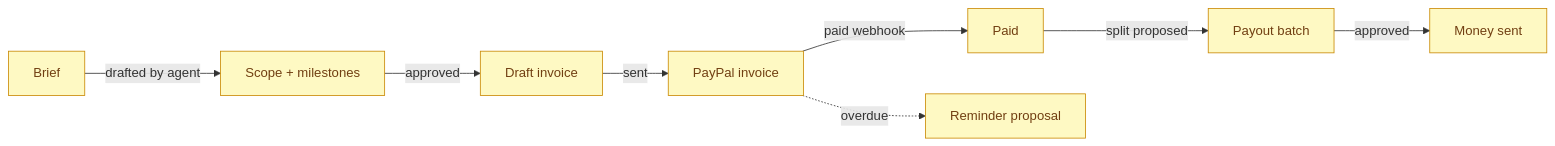
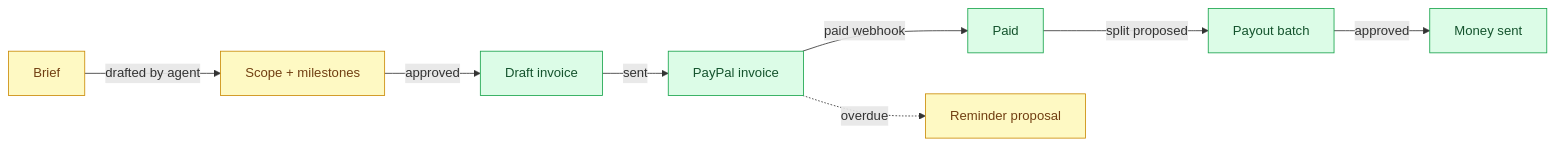
Before and after one commit to f-ei8ht/vizlify: the diagram in docs/01-overview/product-scope.md, drawn with Mermaid. The commit also changed other lines of this file and 57 other files, not shown here.

````diff
--- a/docs/01-overview/product-scope.md
+++ b/docs/01-overview/product-scope.md
@@ -66,14 +71,15 @@
 ```mermaid
 flowchart LR
     Brief["Brief"] -->|"drafted by agent"| Scope["Scope + milestones"]
     Scope -->|"approved"| Draft["Draft invoice"]
     Draft -->|"sent"| Invoice["PayPal invoice"]
     Invoice -->|"paid webhook"| Paid["Paid"]
     Paid -->|"split proposed"| Payout["Payout batch"]
     Payout -->|"approved"| Sent["Money sent"]
     Invoice -.->|"overdue"| Nudge["Reminder proposal"]
 
     classDef done fill:#dcfce7,stroke:#16a34a,color:#14532d
     classDef todo fill:#fef9c3,stroke:#ca8a04,color:#713f12
-    class Brief,Scope,Draft,Invoice,Paid,Payout,Sent,Nudge todo
+    class Draft,Invoice,Paid,Payout,Sent done
+    class Brief,Scope,Nudge todo
 ```
````
